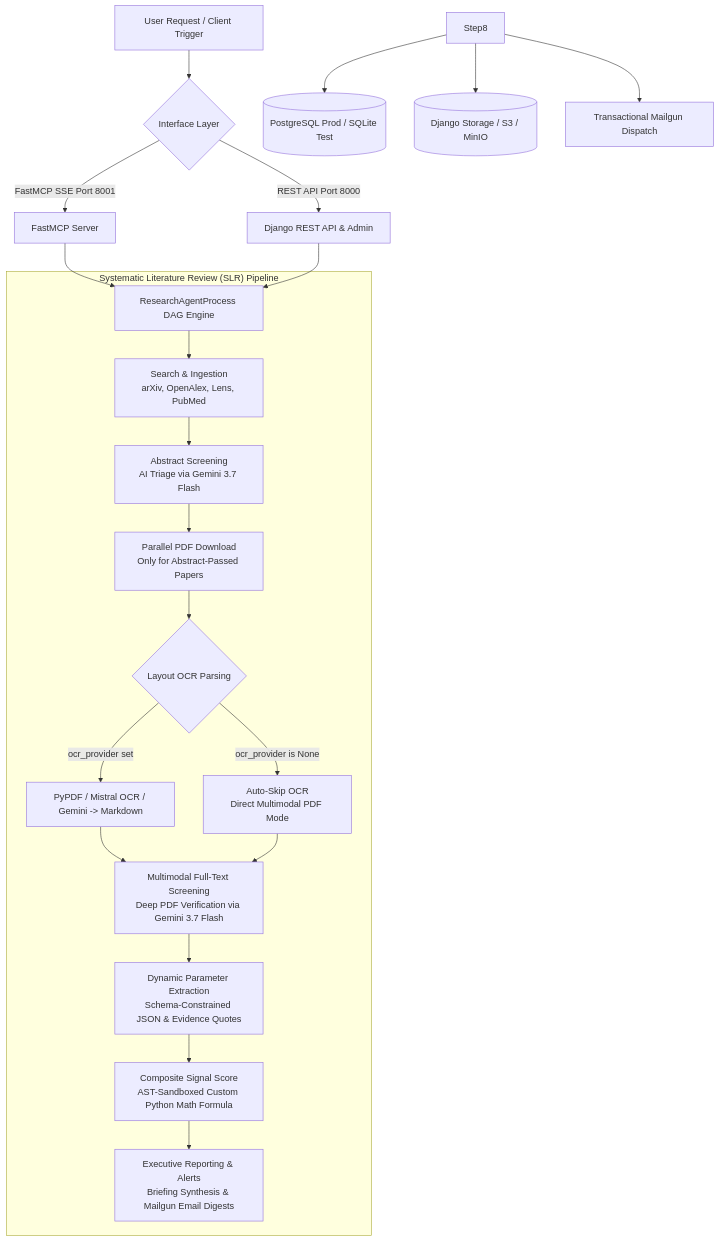
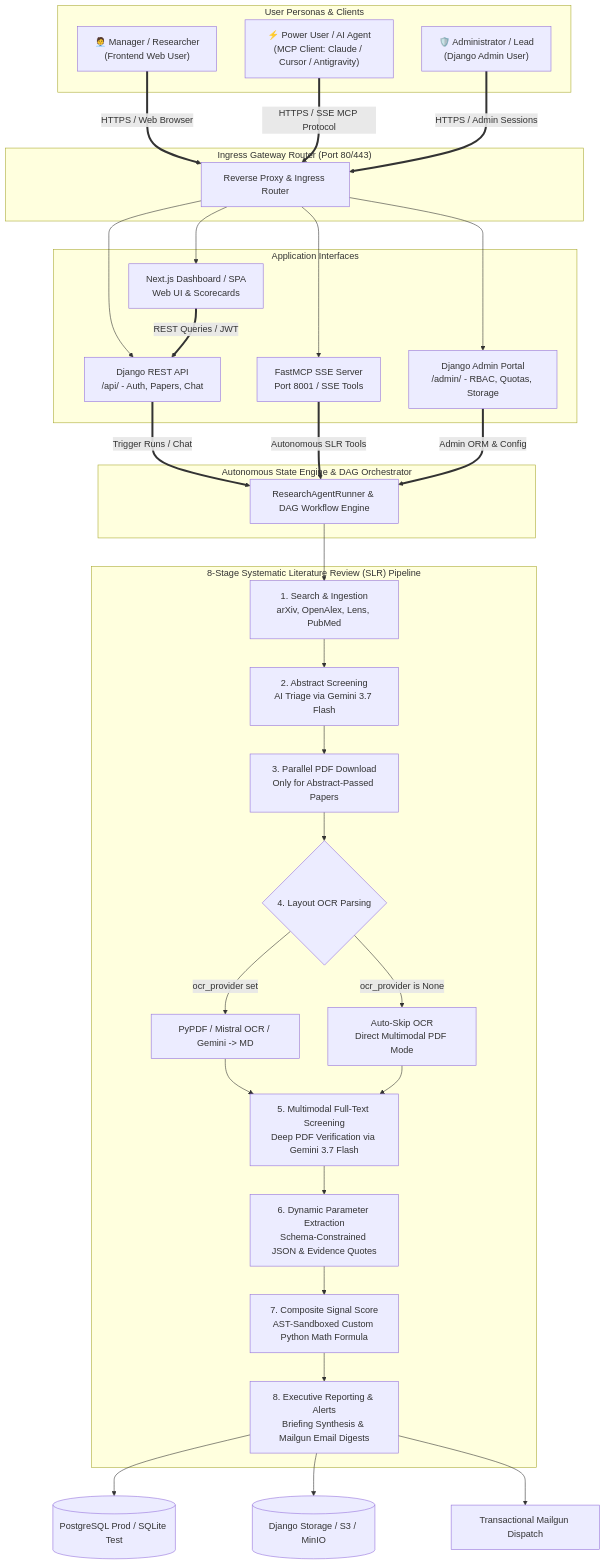
Before and after one commit to p4ku/research-intelligence: the first of 2 diagrams in README.md, drawn with Mermaid. The commit also changed other lines of this file and 4 other files, not shown here.

````diff
--- a/README.md
+++ b/README.md
@@ -14,28 +17,56 @@
 ```mermaid
-graph TD
-    UserQuery[User Request / Client Trigger] --> InterfaceLayer{Interface Layer}
-    InterfaceLayer -->|FastMCP SSE Port 8001| FastMCP[FastMCP Server]
-    InterfaceLayer -->|REST API Port 8000| DRF[Django REST API & Admin]
-    
-    FastMCP --> AgentEngine[ResearchAgentProcess DAG Engine]
-    DRF --> AgentEngine
-    
-    subgraph PipelineExecution ["Systematic Literature Review (SLR) Pipeline"]
-        AgentEngine --> SearchStep[Search & Ingestion<br/>arXiv, OpenAlex, Lens, PubMed]
-        SearchStep --> AbstractScreening[Abstract Screening<br/>AI Triage via Gemini 3.7 Flash]
-        AbstractScreening --> DownloadStep[Parallel PDF Download<br/>Only for Abstract-Passed Papers]
-        DownloadStep --> OCRCheck{Layout OCR Parsing}
-        OCRCheck -->|ocr_provider set| PyPDF_Mistral[PyPDF / Mistral OCR / Gemini -> Markdown]
-        OCRCheck -->|ocr_provider is None| SkipOCR[Auto-Skip OCR<br/>Direct Multimodal PDF Mode]
-        PyPDF_Mistral --> FullTextScreening
-        SkipOCR --> FullTextScreening
-        FullTextScreening[Multimodal Full-Text Screening<br/>Deep PDF Verification via Gemini 3.7 Flash]
-        FullTextScreening --> ExtractionStep[Dynamic Parameter Extraction<br/>Schema-Constrained JSON & Evidence Quotes]
-        ExtractionStep --> SignalScoreStep[Composite Signal Score<br/>AST-Sandboxed Custom Python Math Formula]
-        SignalScoreStep --> ReportingStep[Executive Reporting & Alerts<br/>Briefing Synthesis & Mailgun Email Digests]
+graph TB
+    subgraph Personas ["User Personas & Clients"]
+        manager["🧑‍💼 Manager / Researcher<br>(Frontend Web User)"]
+        power["⚡ Power User / AI Agent<br>(MCP Client: Claude / Cursor / Antigravity)"]
+        admin["🛡️ Administrator / Lead<br>(Django Admin User)"]
     end
-    
+
+    subgraph Ingress ["Ingress Gateway Router (Port 80/443)"]
+        nginx[Reverse Proxy & Ingress Router]
+    end
+
+    subgraph Interfaces ["Application Interfaces"]
+        frontend[Next.js Dashboard / SPA<br>Web UI & Scorecards]
+        api[Django REST API<br>/api/ - Auth, Papers, Chat]
+        django_admin[Django Admin Portal<br>/admin/ - RBAC, Quotas, Storage]
+        mcp[FastMCP SSE Server<br>Port 8001 / SSE Tools]
+    end
+
+    subgraph StateEngine ["Autonomous State Engine & DAG Orchestrator"]
+        engine[ResearchAgentRunner & DAG Workflow Engine]
+    end
+
+    subgraph PipelineExecution ["8-Stage Systematic Literature Review (SLR) Pipeline"]
+        engine --> Step1[1. Search & Ingestion<br>arXiv, OpenAlex, Lens, PubMed]
+        Step1 --> Step2[2. Abstract Screening<br>AI Triage via Gemini 3.7 Flash]
+        Step2 --> Step3[3. Parallel PDF Download<br>Only for Abstract-Passed Papers]
+        Step3 --> Step4{4. Layout OCR Parsing}
+        Step4 -->|ocr_provider set| OCRConv[PyPDF / Mistral OCR / Gemini -> MD]
+        Step4 -->|ocr_provider is None| SkipOCR[Auto-Skip OCR<br>Direct Multimodal PDF Mode]
+        OCRConv --> Step5
+        SkipOCR --> Step5
+        Step5[5. Multimodal Full-Text Screening<br>Deep PDF Verification via Gemini 3.7 Flash]
+        Step5 --> Step6[6. Dynamic Parameter Extraction<br>Schema-Constrained JSON & Evidence Quotes]
+        Step6 --> Step7[7. Composite Signal Score<br>AST-Sandboxed Custom Python Math Formula]
+        Step7 --> Step8[8. Executive Reporting & Alerts<br>Briefing Synthesis & Mailgun Email Digests]
+    end
+
+    manager ==>|HTTPS / Web Browser| nginx
+    power ==>|HTTPS / SSE MCP Protocol| nginx
+    admin ==>|HTTPS / Admin Sessions| nginx
+
+    nginx --> frontend
+    nginx --> api
+    nginx --> django_admin
+    nginx --> mcp
+
+    frontend ==>|REST Queries / JWT| api
+    api ==>|Trigger Runs / Chat| engine
+    mcp ==>|Autonomous SLR Tools| engine
+    django_admin ==>|Admin ORM & Config| engine
+
     Step8 --> DB[(PostgreSQL Prod / SQLite Test)]
     Step8 --> Storage[(Django Storage / S3 / MinIO)]
     Step8 --> EmailNotifier[Transactional Mailgun Dispatch]
 ```
````
